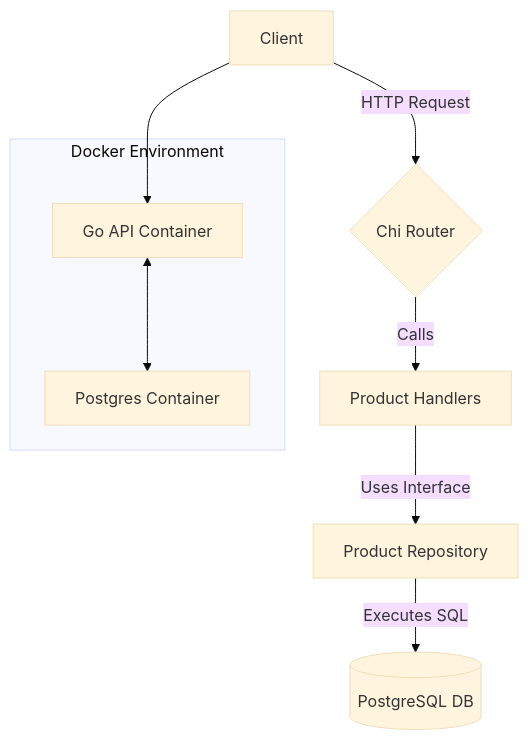
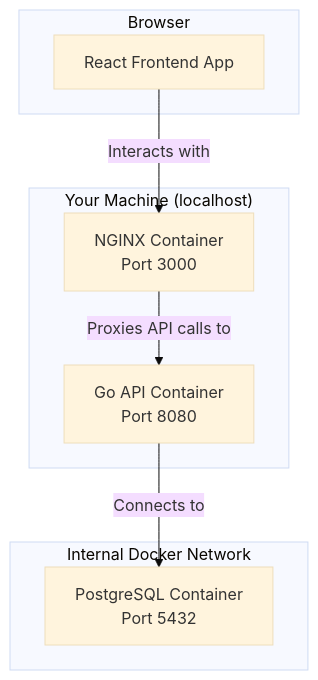
The diagram in README.md (Maria-Leiliane/go-ecommerce-base), drawn with Mermaid (base theme) before and after one commit. The commit also changed other lines of this file and 1 other file, not shown here.

````diff
--- a/README.md
+++ b/README.md
@@ -32,13 +34,19 @@
 ```mermaid
 graph TD
-    A[Client] -- HTTP Request --> B{Chi Router};
-    B -- Calls --> C[Product Handlers];
-    C -- Uses Interface --> D[Product Repository];
-    D -- Executes SQL --> E[(PostgreSQL DB)];
-    subgraph Docker Environment
-        F[Go API Container]
-        G[Postgres Container]
-        F <--> G
+    subgraph Browser
+        A[React Frontend App]
     end
-    A --> F
+
+    subgraph "Your Machine (localhost)"
+        B[NGINX Container <br> Port 3000]
+        C[Go API Container <br> Port 8080]
+    end
+
+    subgraph "Internal Docker Network"
+        D[PostgreSQL Container <br> Port 5432]
+    end
+    
+    A -- Interacts with --> B;
+    B -- Proxies API calls to --> C;
+    C -- Connects to --> D;
 ```
````
